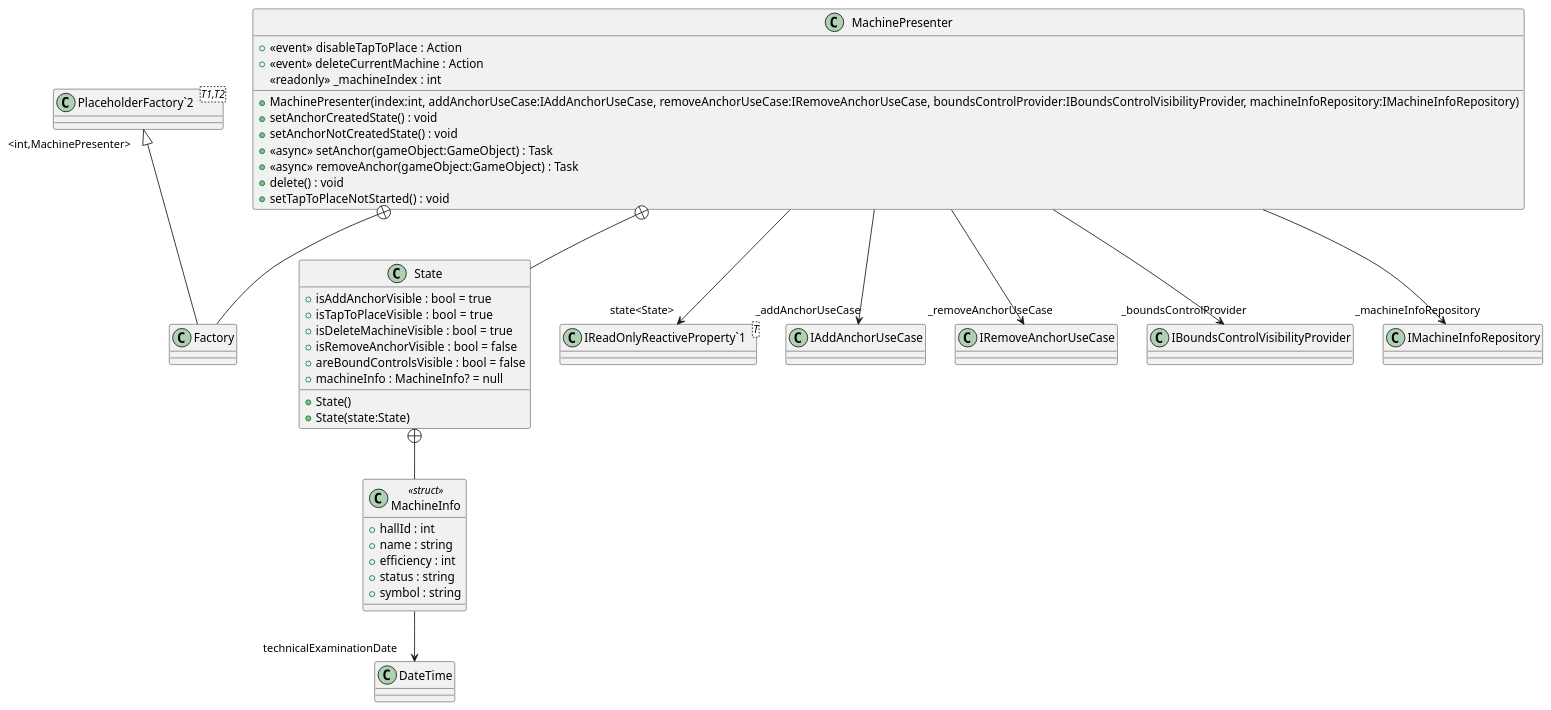
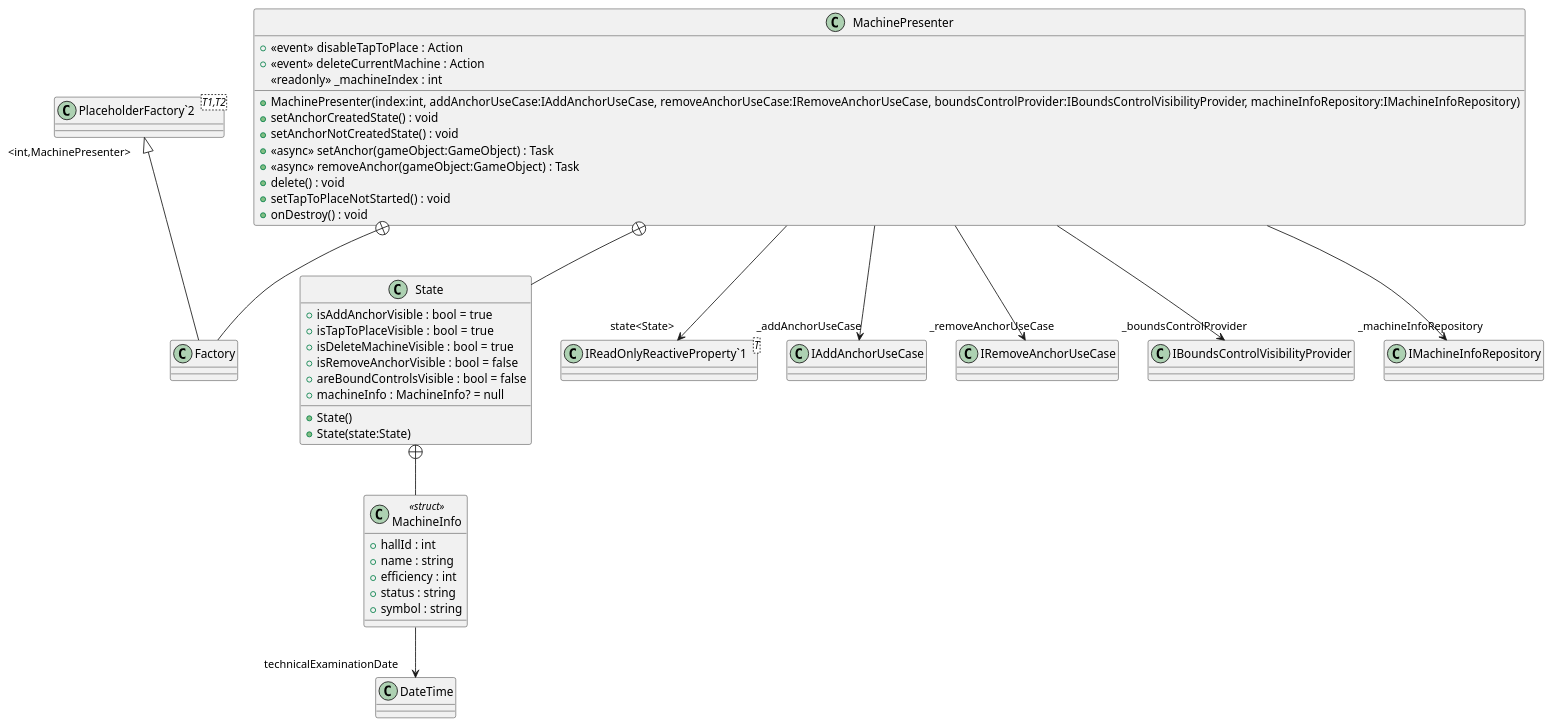
Before and after one commit to DeNatur/ProductionFloorVisualization: the diagram in UML/presenters/MachinePresenter.puml, drawn with PlantUML. The commit also changed 16 other files, not shown here.

Commit message:
Generate UML (Generate UML)

```diff
--- a/UML/presenters/MachinePresenter.puml
+++ b/UML/presenters/MachinePresenter.puml
@@ -1,47 +1,48 @@
 @startuml
 class MachinePresenter {
     +  <<event>> disableTapToPlace : Action 
     +  <<event>> deleteCurrentMachine : Action 
     <<readonly>> _machineIndex : int
     + MachinePresenter(index:int, addAnchorUseCase:IAddAnchorUseCase, removeAnchorUseCase:IRemoveAnchorUseCase, boundsControlProvider:IBoundsControlVisibilityProvider, machineInfoRepository:IMachineInfoRepository)
     + setAnchorCreatedState() : void
     + setAnchorNotCreatedState() : void
     + <<async>> setAnchor(gameObject:GameObject) : Task
     + <<async>> removeAnchor(gameObject:GameObject) : Task
     + delete() : void
     + setTapToPlaceNotStarted() : void
+    + onDestroy() : void
 }
 class State {
     + isAddAnchorVisible : bool = true
     + isTapToPlaceVisible : bool = true
     + isDeleteMachineVisible : bool = true
     + isRemoveAnchorVisible : bool = false
     + areBoundControlsVisible : bool = false
     + machineInfo : MachineInfo? = null
     + State()
     + State(state:State)
 }
 class "IReadOnlyReactiveProperty`1"<T> {
 }
 class Factory {
 }
 class MachineInfo <<struct>> {
     + hallId : int
     + name : string
     + efficiency : int
     + status : string
     + symbol : string
 }
 class "PlaceholderFactory`2"<T1,T2> {
 }
 MachinePresenter --> "state<State>" "IReadOnlyReactiveProperty`1"
 MachinePresenter --> "_addAnchorUseCase" IAddAnchorUseCase
 MachinePresenter --> "_removeAnchorUseCase" IRemoveAnchorUseCase
 MachinePresenter --> "_boundsControlProvider" IBoundsControlVisibilityProvider
 MachinePresenter --> "_machineInfoRepository" IMachineInfoRepository
 MachinePresenter +-- State
 MachinePresenter +-- Factory
 "PlaceholderFactory`2" "<int,MachinePresenter>" <|-- Factory
 State +-- MachineInfo
 MachineInfo --> "technicalExaminationDate" DateTime
 @enduml
```
